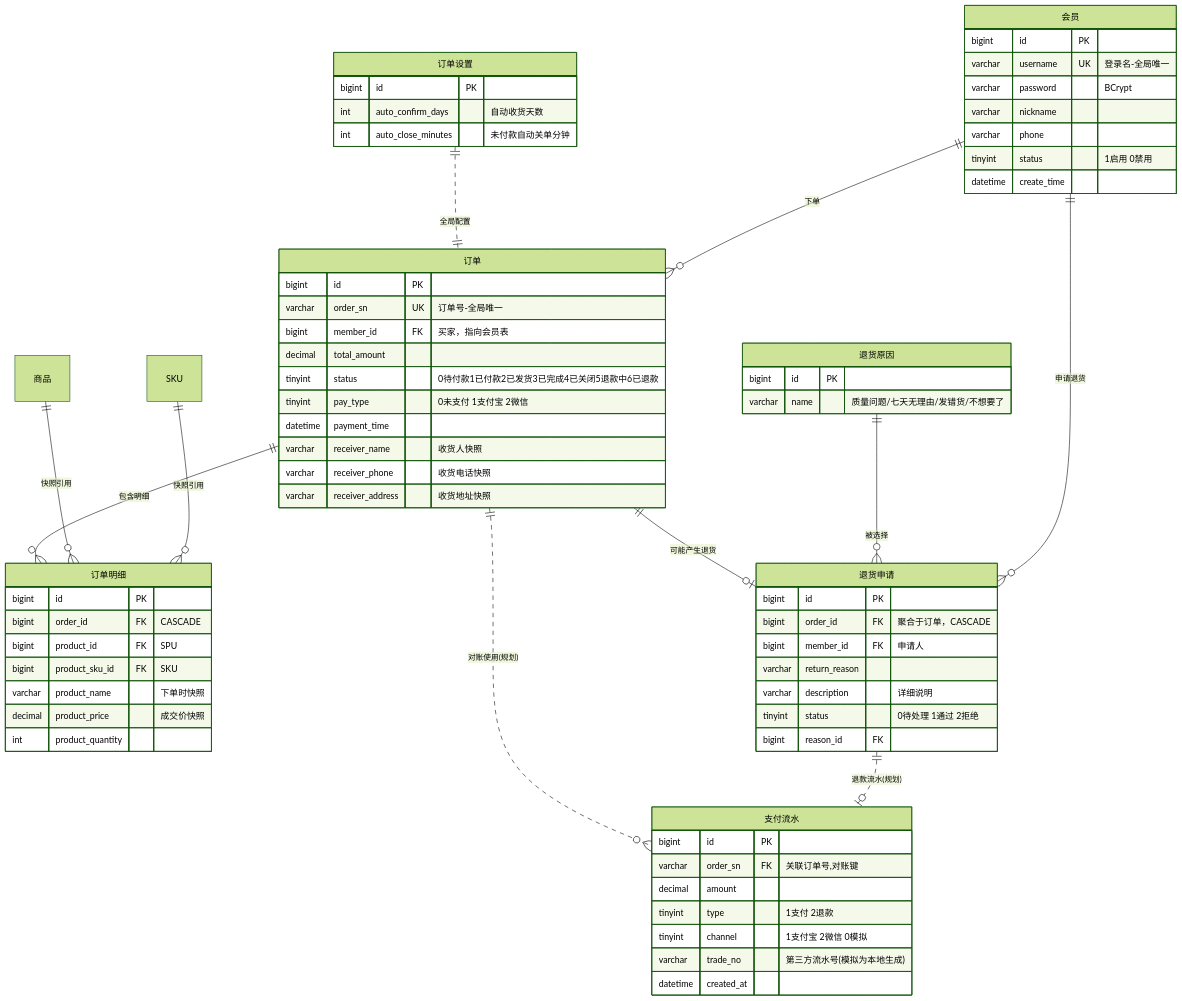
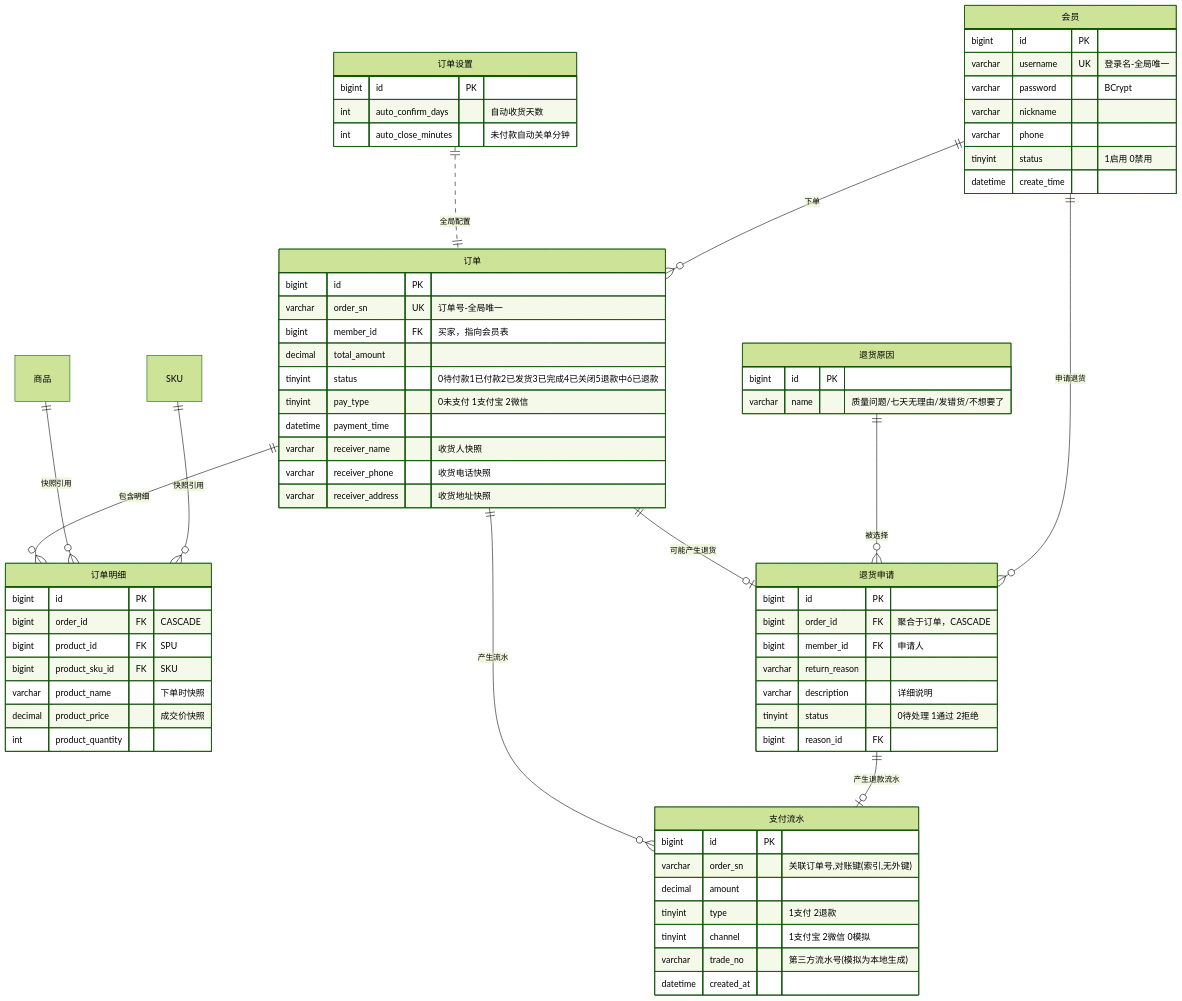
The diagram in docs/er/12-ER图-订单域.mmd (zzy-repo/qiqi-mall), drawn with Mermaid (forest theme) before and after one commit. The commit also changed 56 other files, not shown here.

Commit message:
feat: 图片上传(MinIO链路) + 死锁重试与幂等令牌 + 订单号并发唯一 + C端订单分页 + docs 同步

```diff
--- a/docs/er/12-ER图-订单域.mmd
+++ b/docs/er/12-ER图-订单域.mmd
@@ -1,69 +1,69 @@
 erDiagram
     订单 ||--o{ 订单明细 : "包含明细"
     订单 ||--o| 退货申请 : "可能产生退货"
     退货原因 ||--o{ 退货申请 : "被选择"
     订单设置 ||..|| 订单 : "全局配置"
     商品 ||--o{ 订单明细 : "快照引用"
     SKU ||--o{ 订单明细 : "快照引用"
     会员 ||--o{ 订单 : "下单"
     会员 ||--o{ 退货申请 : "申请退货"
 
     会员 {
         bigint id PK
         varchar username UK "登录名-全局唯一"
         varchar password "BCrypt"
         varchar nickname
         varchar phone
         tinyint status "1启用 0禁用"
         datetime create_time
     }
     订单 {
         bigint id PK
         varchar order_sn UK "订单号-全局唯一"
         bigint member_id FK "买家，指向会员表"
         decimal total_amount
         tinyint status "0待付款1已付款2已发货3已完成4已关闭5退款中6已退款"
         tinyint pay_type "0未支付 1支付宝 2微信"
         datetime payment_time
         varchar receiver_name "收货人快照"
         varchar receiver_phone "收货电话快照"
         varchar receiver_address "收货地址快照"
     }
     订单明细 {
         bigint id PK
         bigint order_id FK "CASCADE"
         bigint product_id FK "SPU"
         bigint product_sku_id FK "SKU"
         varchar product_name "下单时快照"
         decimal product_price "成交价快照"
         int product_quantity
     }
     退货申请 {
         bigint id PK
         bigint order_id FK "聚合于订单，CASCADE"
         bigint member_id FK "申请人"
         varchar return_reason
         varchar description "详细说明"
         tinyint status "0待处理 1通过 2拒绝"
         bigint reason_id FK
     }
     退货原因 {
         bigint id PK
         varchar name "质量问题/七天无理由/发错货/不想要了"
     }
     支付流水 {
         bigint id PK
-        varchar order_sn FK "关联订单号,对账键"
+        varchar order_sn "关联订单号,对账键(索引,无外键)"
         decimal amount
         tinyint type "1支付 2退款"
         tinyint channel "1支付宝 2微信 0模拟"
         varchar trade_no "第三方流水号(模拟为本地生成)"
         datetime created_at
     }
-    订单 ||..o{ 支付流水 : "对账使用(规划)"
-    退货申请 ||..o| 支付流水 : "退款流水(规划)"
+    订单 ||--o{ 支付流水 : "产生流水"
+    退货申请 ||--o| 支付流水 : "产生退款流水"
     订单设置 {
         bigint id PK
         int auto_confirm_days "自动收货天数"
         int auto_close_minutes "未付款自动关单分钟"
     }
```
